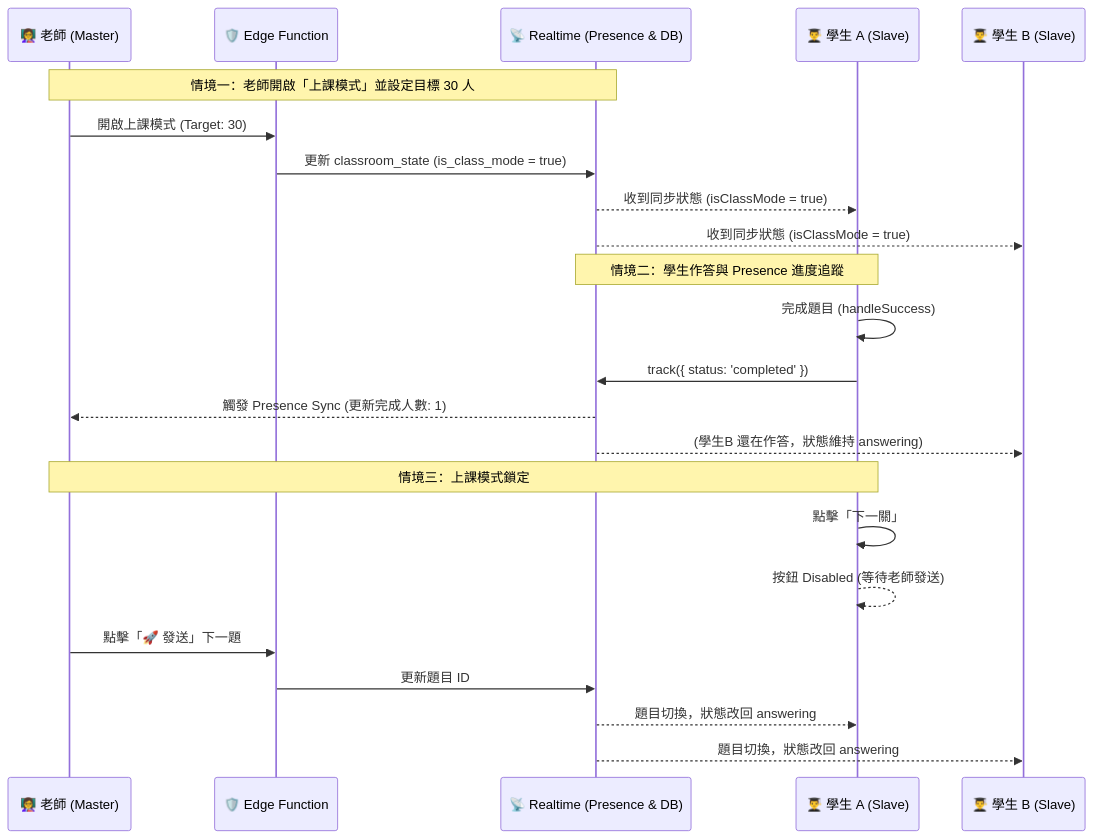
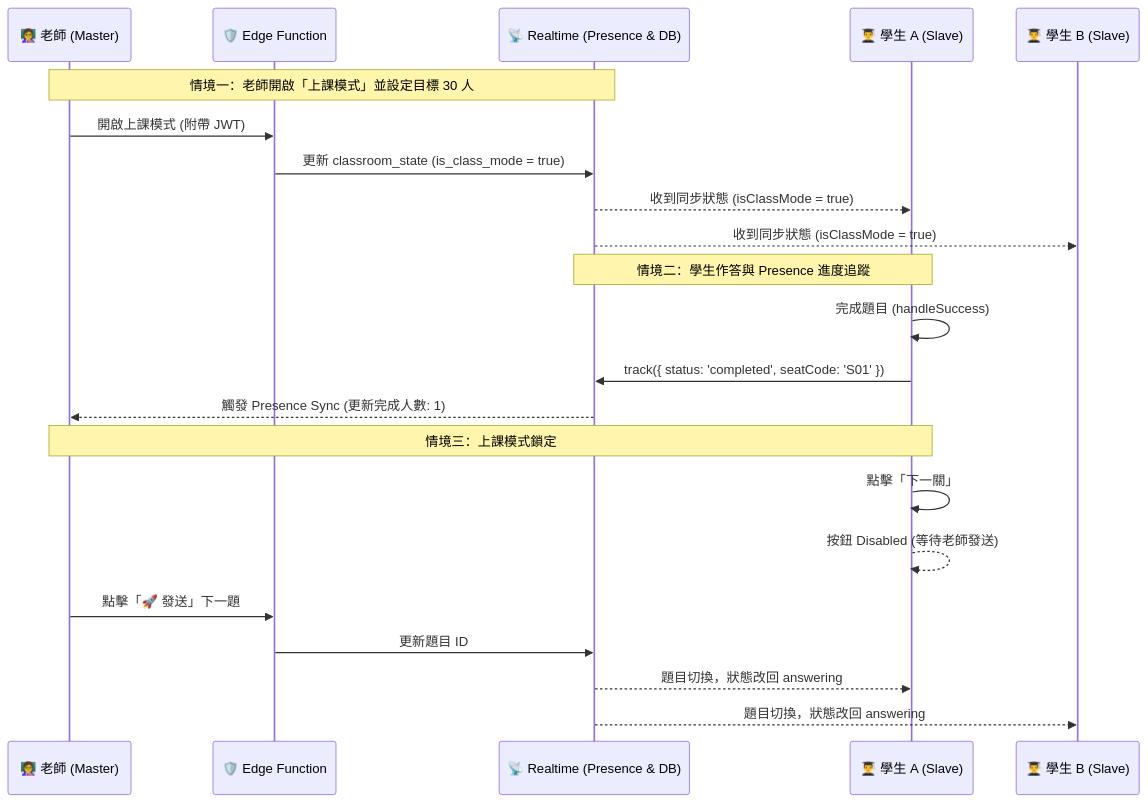
Before and after one commit to ylin3-learner/SyntaxHunt: the third of 3 diagrams in README.zh-TW.md, drawn with Mermaid. The commit also changed other lines of this file and 1 other file, not shown here.

First line of the commit message:
docs(readme): update architecture, multi-tenancy, and auth documentation

````diff
--- a/README.zh-TW.md
+++ b/README.zh-TW.md
@@ -147,29 +150,28 @@
 ```mermaid
 sequenceDiagram
     participant T as 👩‍🏫 老師 (Master)
     participant EF as 🛡️ Edge Function
     participant RT as 📡 Realtime (Presence & DB)
     participant S as 👨‍🎓 學生 A (Slave)
     participant S2 as 👨‍🎓 學生 B (Slave)
 
     Note over T,RT: 情境一：老師開啟「上課模式」並設定目標 30 人
-    T->>EF: 開啟上課模式 (Target: 30)
+    T->>EF: 開啟上課模式 (附帶 JWT)
     EF->>RT: 更新 classroom_state (is_class_mode = true)
     RT-->>S: 收到同步狀態 (isClassMode = true)
     RT-->>S2: 收到同步狀態 (isClassMode = true)
 
     Note over S,RT: 情境二：學生作答與 Presence 進度追蹤
     S->>S: 完成題目 (handleSuccess)
-    S->>RT: track({ status: 'completed' })
+    S->>RT: track({ status: 'completed', seatCode: 'S01' })
     RT-->>T: 觸發 Presence Sync (更新完成人數: 1)
-    RT-->>S2: (學生B 還在作答，狀態維持 answering)
-
+    
     Note over S,T: 情境三：上課模式鎖定
     S->>S: 點擊「下一關」
     S-->>S: 按鈕 Disabled (等待老師發送)
     
     T->>EF: 點擊「🚀 發送」下一題
     EF->>RT: 更新題目 ID
     RT-->>S: 題目切換，狀態改回 answering
     RT-->>S2: 題目切換，狀態改回 answering
 ```
````
